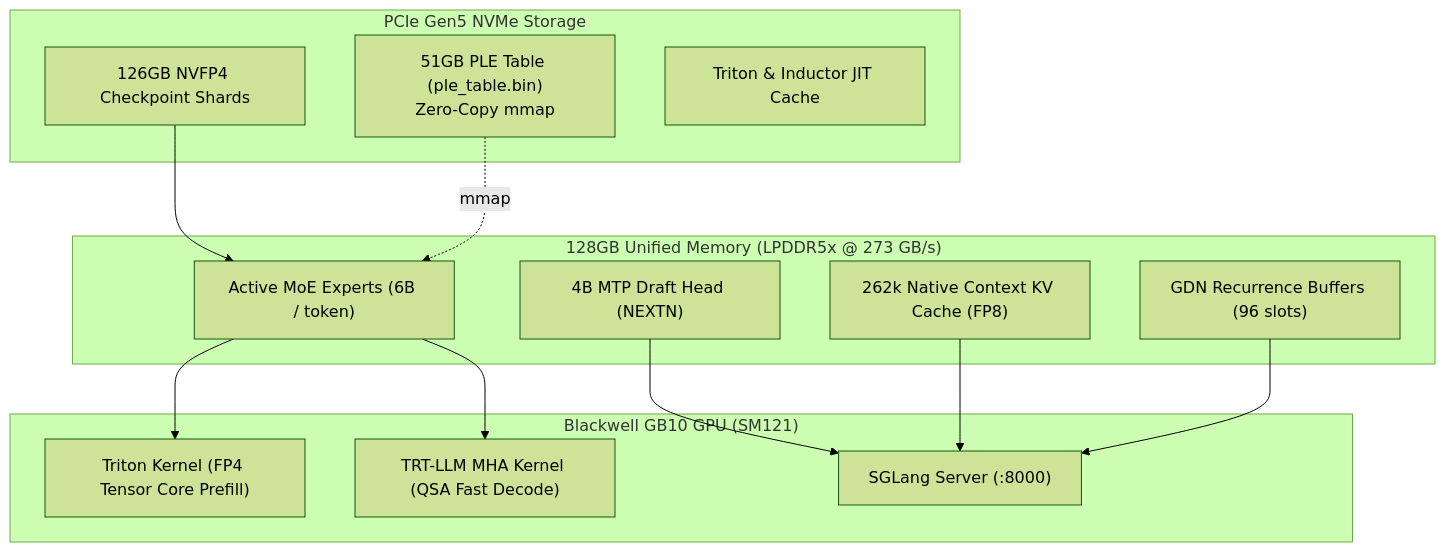
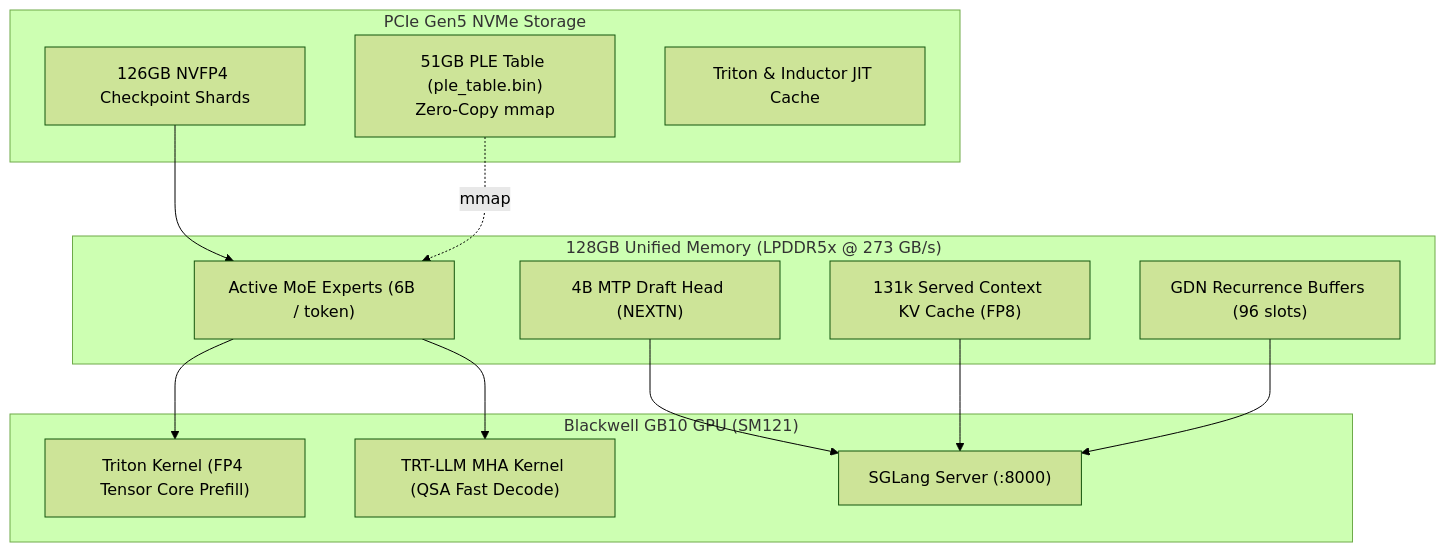
The diagram in README.md (bemlerlabs/qwen3.8-flash-next-dgx-spark-sglang), drawn with Mermaid (forest theme) before and after one commit. The commit also changed other lines of this file, not shown here.

Commit message:
docs: clarify served context (131k) vs native architecture capability (262k)

````diff
--- a/README.md
+++ b/README.md
@@ -15,29 +15,29 @@
 ```mermaid
 graph TD
     subgraph Storage ["PCIe Gen5 NVMe Storage"]
         PLE["51GB PLE Table (ple_table.bin)<br/>Zero-Copy mmap"]
         Weights["126GB NVFP4 Checkpoint Shards"]
         Cache["Triton & Inductor JIT Cache"]
     end
 
     subgraph Memory ["128GB Unified Memory (LPDDR5x @ 273 GB/s)"]
         Active["Active MoE Experts (6B / token)"]
-        KV["262k Native Context KV Cache (FP8)"]
+        KV["131k Served Context KV Cache (FP8)"]
         Mamba["GDN Recurrence Buffers (96 slots)"]
         MTP["4B MTP Draft Head (NEXTN)"]
     end
 
     subgraph Execution ["Blackwell GB10 GPU (SM121)"]
         TritonPrefill["Triton Kernel (FP4 Tensor Core Prefill)"]
         TRTLLMDecode["TRT-LLM MHA Kernel (QSA Fast Decode)"]
         Engine["SGLang Server (:8000)"]
     end
 
     Weights --> Active
     PLE -.->|mmap| Active
     Active --> TritonPrefill
     Active --> TRTLLMDecode
     MTP --> Engine
     KV --> Engine
     Mamba --> Engine
 ```
````
